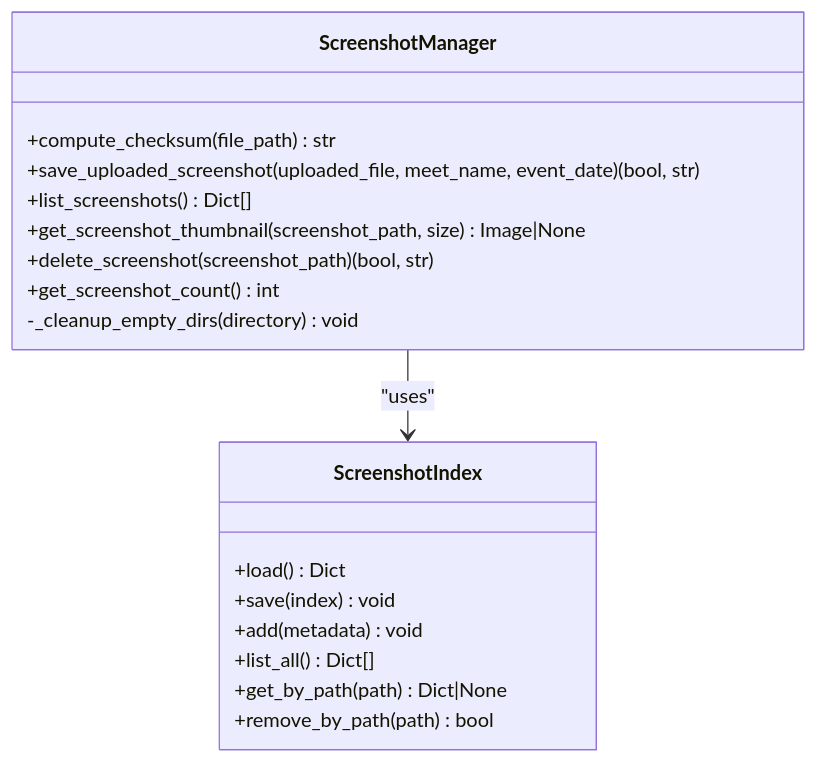
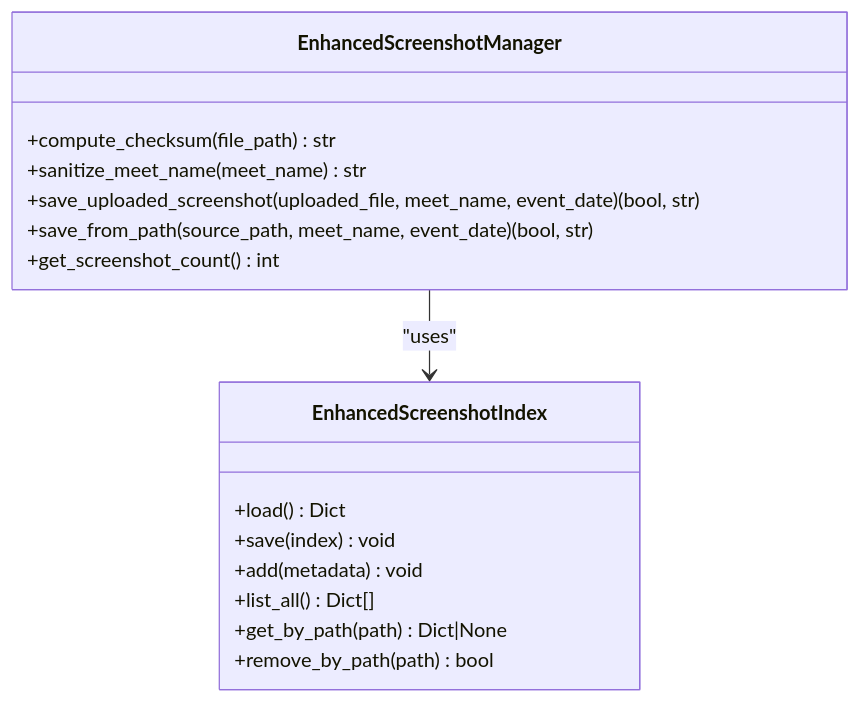
The third of 9 diagrams in .qoder/repowiki/en/content/Feature Modules/Screenshot Processing.md (Johnny22056/SwimingStatus), drawn with Mermaid before and after one commit. The commit also changed other lines of this file and 8 other files, not shown here.

````diff
--- a/.qoder/repowiki/en/content/Feature Modules/Screenshot Processing.md
+++ b/.qoder/repowiki/en/content/Feature Modules/Screenshot Processing.md
@@ -123,21 +132,19 @@
 ```mermaid
 classDiagram
-class ScreenshotManager {
+class EnhancedScreenshotManager {
 +compute_checksum(file_path) str
++sanitize_meet_name(meet_name) str
 +save_uploaded_screenshot(uploaded_file, meet_name, event_date) (bool, str)
-+list_screenshots() Dict[]
-+get_screenshot_thumbnail(screenshot_path, size) Image|None
-+delete_screenshot(screenshot_path) (bool, str)
++save_from_path(source_path, meet_name, event_date) (bool, str)
 +get_screenshot_count() int
--_cleanup_empty_dirs(directory) void
 }
-class ScreenshotIndex {
+class EnhancedScreenshotIndex {
 +load() Dict
 +save(index) void
 +add(metadata) void
 +list_all() Dict[]
 +get_by_path(path) Dict|None
 +remove_by_path(path) bool
 }
-ScreenshotManager --> ScreenshotIndex : "uses"
+EnhancedScreenshotManager --> EnhancedScreenshotIndex : "uses"
 ```
````
